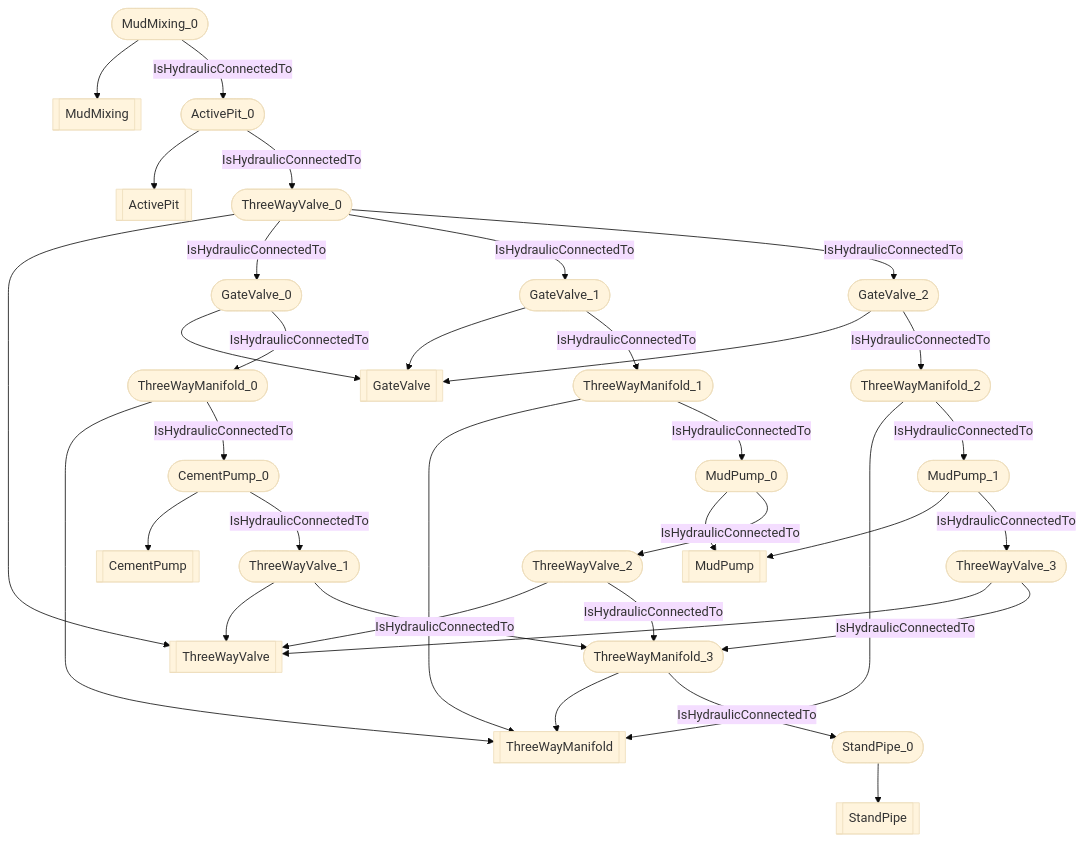
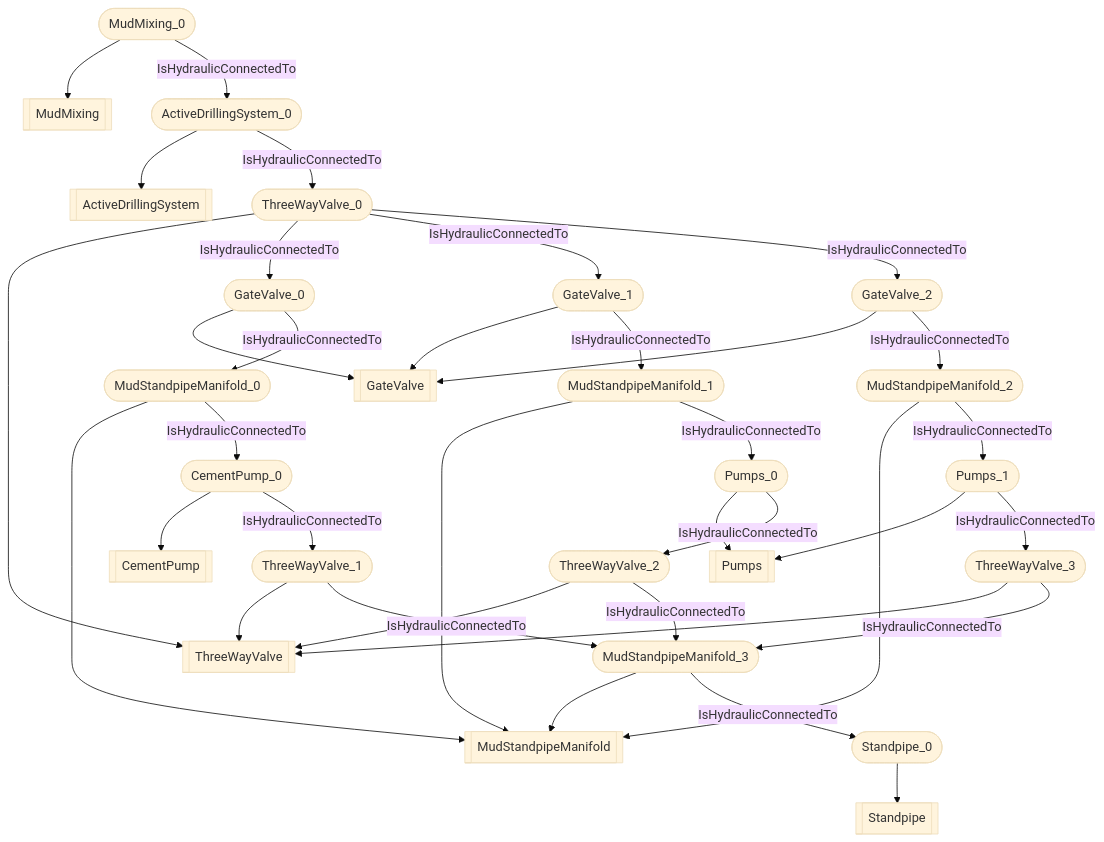
The diagram in docs/vocabulary_development/examples/Hydraulic circuit.md (D-WIS/DDHub-Semantic-Interoperability), drawn with Mermaid (base theme) before and after one commit. The commit also changed other lines of this file and 28 other files, not shown here.

````diff
--- a/docs/vocabulary_development/examples/Hydraulic circuit.md
+++ b/docs/vocabulary_development/examples/Hydraulic circuit.md
@@ -37,38 +37,38 @@
 ```mermaid
 flowchart TD
-	ActivePit_0([ActivePit_0]) --> ActivePit[[ActivePit]]
+	ActiveDrillingSystem_0([ActiveDrillingSystem_0]) --> ActiveDrillingSystem[[ActiveDrillingSystem]]
 	ThreeWayValve_0([ThreeWayValve_0]) --> ThreeWayValve[[ThreeWayValve]]
 	GateValve_0([GateValve_0]) --> GateValve[[GateValve]]
 	GateValve_1([GateValve_1]) --> GateValve[[GateValve]]
 	GateValve_2([GateValve_2]) --> GateValve[[GateValve]]
-	ThreeWayManifold_0([ThreeWayManifold_0]) --> ThreeWayManifold[[ThreeWayManifold]]
-	ThreeWayManifold_1([ThreeWayManifold_1]) --> ThreeWayManifold[[ThreeWayManifold]]
-	ThreeWayManifold_2([ThreeWayManifold_2]) --> ThreeWayManifold[[ThreeWayManifold]]
+	MudStandpipeManifold_0([MudStandpipeManifold_0]) --> MudStandpipeManifold[[MudStandpipeManifold]]
+	MudStandpipeManifold_1([MudStandpipeManifold_1]) --> MudStandpipeManifold[[MudStandpipeManifold]]
+	MudStandpipeManifold_2([MudStandpipeManifold_2]) --> MudStandpipeManifold[[MudStandpipeManifold]]
 	CementPump_0([CementPump_0]) --> CementPump[[CementPump]]
-	MudPump_0([MudPump_0]) --> MudPump[[MudPump]]
-	MudPump_1([MudPump_1]) --> MudPump[[MudPump]]
+	Pumps_0([Pumps_0]) --> Pumps[[Pumps]]
+	Pumps_1([Pumps_1]) --> Pumps[[Pumps]]
 	ThreeWayValve_1([ThreeWayValve_1]) --> ThreeWayValve[[ThreeWayValve]]
 	ThreeWayValve_2([ThreeWayValve_2]) --> ThreeWayValve[[ThreeWayValve]]
 	ThreeWayValve_3([ThreeWayValve_3]) --> ThreeWayValve[[ThreeWayValve]]
-	ThreeWayManifold_3([ThreeWayManifold_3]) --> ThreeWayManifold[[ThreeWayManifold]]
-	StandPipe_0([StandPipe_0]) --> StandPipe[[StandPipe]]
+	MudStandpipeManifold_3([MudStandpipeManifold_3]) --> MudStandpipeManifold[[MudStandpipeManifold]]
+	Standpipe_0([Standpipe_0]) --> Standpipe[[Standpipe]]
 	MudMixing_0([MudMixing_0]) --> MudMixing[[MudMixing]]
-	 ActivePit_0 -- IsHydraulicConnectedTo --> ThreeWayValve_0 
+	 ActiveDrillingSystem_0 -- IsHydraulicConnectedTo --> ThreeWayValve_0 
 	 ThreeWayValve_0 -- IsHydraulicConnectedTo --> GateValve_0 
 	 ThreeWayValve_0 -- IsHydraulicConnectedTo --> GateValve_1 
 	 ThreeWayValve_0 -- IsHydraulicConnectedTo --> GateValve_2 
-	 GateValve_0 -- IsHydraulicConnectedTo --> ThreeWayManifold_0 
-	 GateValve_1 -- IsHydraulicConnectedTo --> ThreeWayManifold_1 
-	 GateValve_2 -- IsHydraulicConnectedTo --> ThreeWayManifold_2 
-	 ThreeWayManifold_0 -- IsHydraulicConnectedTo --> CementPump_0 
-	 ThreeWayManifold_1 -- IsHydraulicConnectedTo --> MudPump_0 
-	 ThreeWayManifold_2 -- IsHydraulicConnectedTo --> MudPump_1 
+	 GateValve_0 -- IsHydraulicConnectedTo --> MudStandpipeManifold_0 
+	 GateValve_1 -- IsHydraulicConnectedTo --> MudStandpipeManifold_1 
+	 GateValve_2 -- IsHydraulicConnectedTo --> MudStandpipeManifold_2 
+	 MudStandpipeManifold_0 -- IsHydraulicConnectedTo --> CementPump_0 
+	 MudStandpipeManifold_1 -- IsHydraulicConnectedTo --> Pumps_0 
+	 MudStandpipeManifold_2 -- IsHydraulicConnectedTo --> Pumps_1 
 	 CementPump_0 -- IsHydraulicConnectedTo --> ThreeWayValve_1 
-	 MudPump_0 -- IsHydraulicConnectedTo --> ThreeWayValve_2 
-	 MudPump_1 -- IsHydraulicConnectedTo --> ThreeWayValve_3 
-	 ThreeWayValve_1 -- IsHydraulicConnectedTo --> ThreeWayManifold_3 
-	 ThreeWayValve_2 -- IsHydraulicConnectedTo --> ThreeWayManifold_3 
-	 ThreeWayValve_3 -- IsHydraulicConnectedTo --> ThreeWayManifold_3 
-	 ThreeWayManifold_3 -- IsHydraulicConnectedTo --> StandPipe_0 
-	 MudMixing_0 -- IsHydraulicConnectedTo --> ActivePit_0 
+	 Pumps_0 -- IsHydraulicConnectedTo --> ThreeWayValve_2 
+	 Pumps_1 -- IsHydraulicConnectedTo --> ThreeWayValve_3 
+	 ThreeWayValve_1 -- IsHydraulicConnectedTo --> MudStandpipeManifold_3 
+	 ThreeWayValve_2 -- IsHydraulicConnectedTo --> MudStandpipeManifold_3 
+	 ThreeWayValve_3 -- IsHydraulicConnectedTo --> MudStandpipeManifold_3 
+	 MudStandpipeManifold_3 -- IsHydraulicConnectedTo --> Standpipe_0 
+	 MudMixing_0 -- IsHydraulicConnectedTo --> ActiveDrillingSystem_0 
 ```
````
